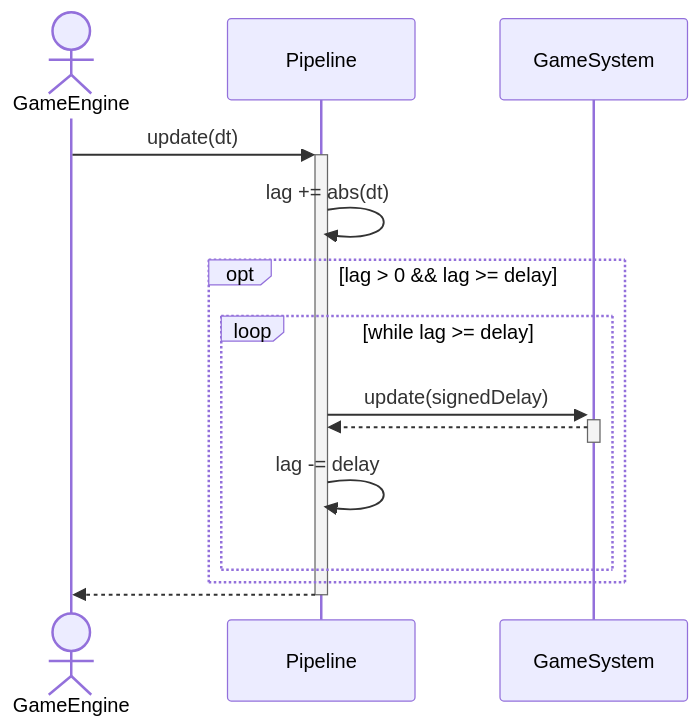
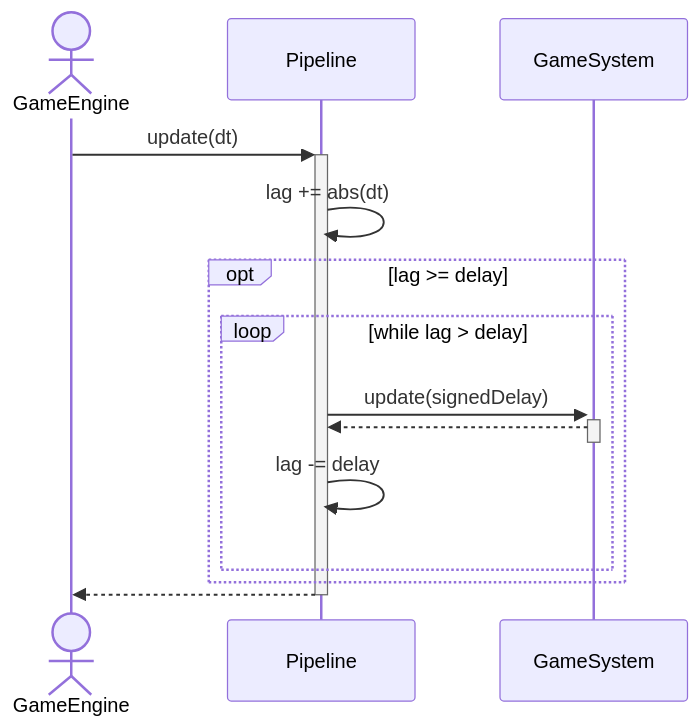
The fourth of 5 diagrams in platform/README.md (kkorolyov/pancake), drawn with Mermaid before and after one commit. The commit also changed other lines of this file, not shown here.

Commit message:
#110: Add GameSystem diagram

````diff
--- a/platform/README.md
+++ b/platform/README.md
@@ -135,17 +135,17 @@
 ```mermaid
 sequenceDiagram
 	actor E as GameEngine
 	participant P as Pipeline
 	participant S as GameSystem
 
 	E->>+P: update(dt)
 	P->>P: lag += abs(dt)
-	opt lag > 0 && lag >= delay
-		loop while lag >= delay
+	opt lag >= delay
+		loop while lag > delay
 			P->>+S: update(signedDelay)
 			S-->>-P: 
 			P->>P: lag -= delay
 		end
 	end
 	P-->>-E: 
 ```
````
